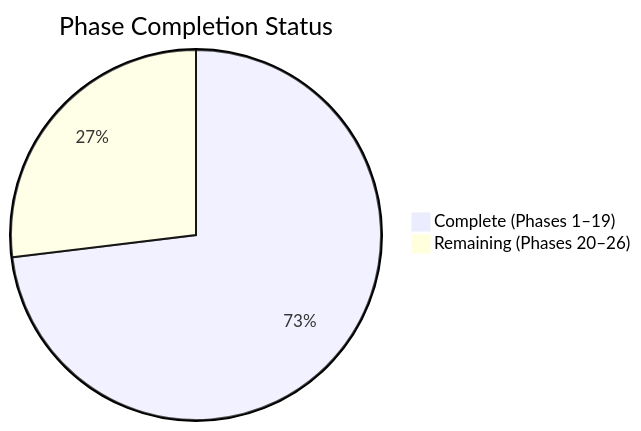
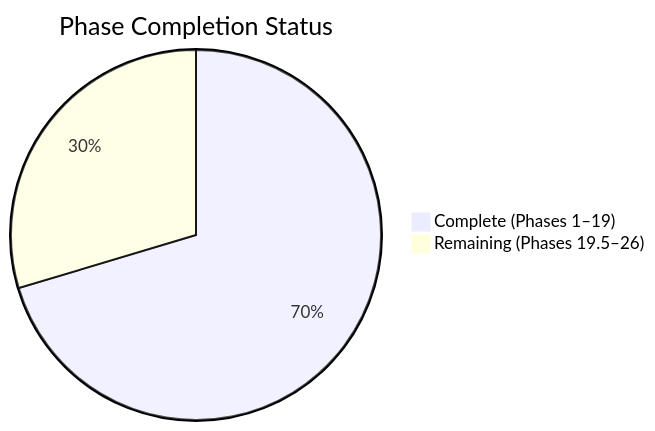
The first of 2 diagrams in docs/07-roadmap.md (Nani040905/mobile-legal-ai-assistant), drawn with Mermaid before and after one commit. The commit also changed other lines of this file and 1 other file, not shown here.

Commit message:
docs: Add Phase 19.5 (Docs Reader) to roadmap and implementation plan with changes summary table

````diff
--- a/docs/07-roadmap.md
+++ b/docs/07-roadmap.md
@@ -5,5 +5,5 @@
 ```mermaid
 pie title Phase Completion Status
     "Complete (Phases 1–19)" : 19
-    "Remaining (Phases 20–26)" : 7
+    "Remaining (Phases 19.5–26)" : 8
 ```
````
